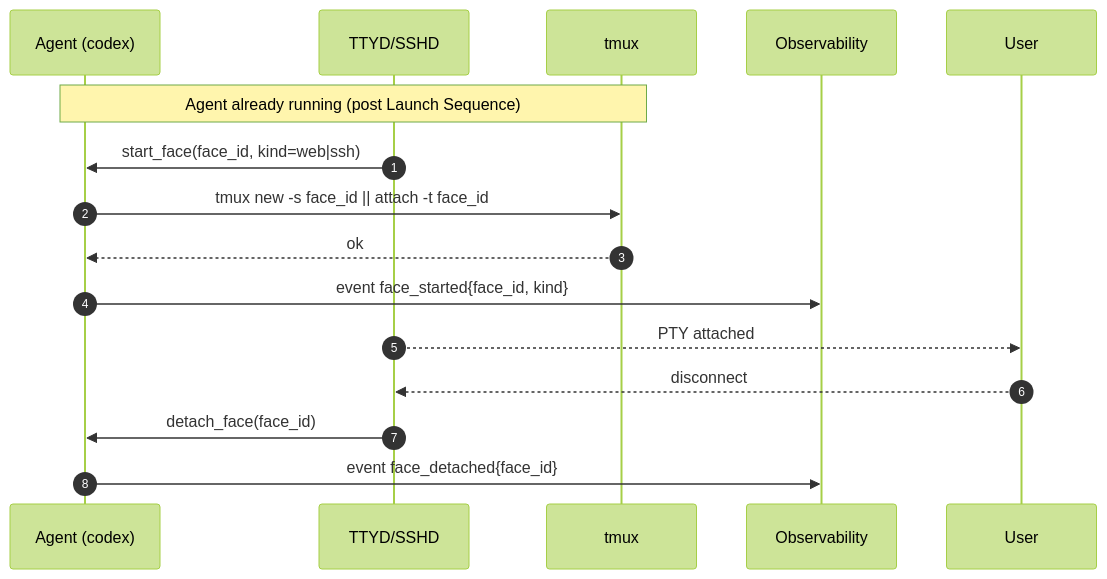
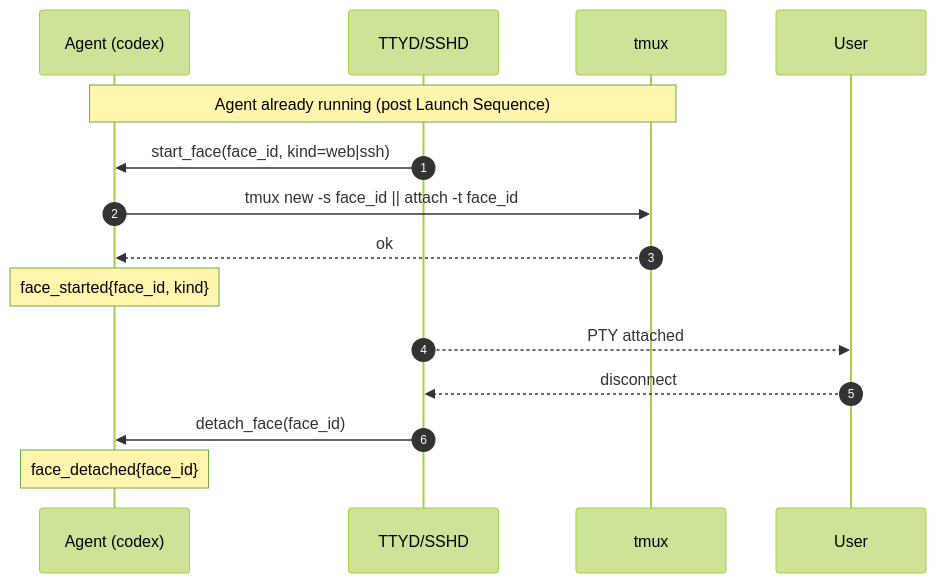
Before and after one commit to dreamcatcher-tech/artifact-codex: the second of 4 diagrams in design/docs/RUNTIME.md, drawn with Mermaid (forest theme). The commit also changed other lines of this file and 17 other files, not shown here.

````diff
--- a/design/docs/RUNTIME.md
+++ b/design/docs/RUNTIME.md
@@ -167,17 +167,16 @@
 ```mermaid
 sequenceDiagram
   autonumber
   participant A as Agent (codex)
   participant T as TTYD/SSHD
   participant X as tmux
-  participant O as Observability
   Note over A,X: Agent already running (post Launch Sequence)
   T->>A: start_face(face_id, kind=web|ssh)
   A->>X: tmux new -s face_id || attach -t face_id
   X-->>A: ok
-  A->>O: event face_started{face_id, kind}
+  Note over A: face_started{face_id, kind}
   T-->>User: PTY attached
   User-->>T: disconnect
   T->>A: detach_face(face_id)
-  A->>O: event face_detached{face_id}
+  Note over A: face_detached{face_id}
 ```
````
